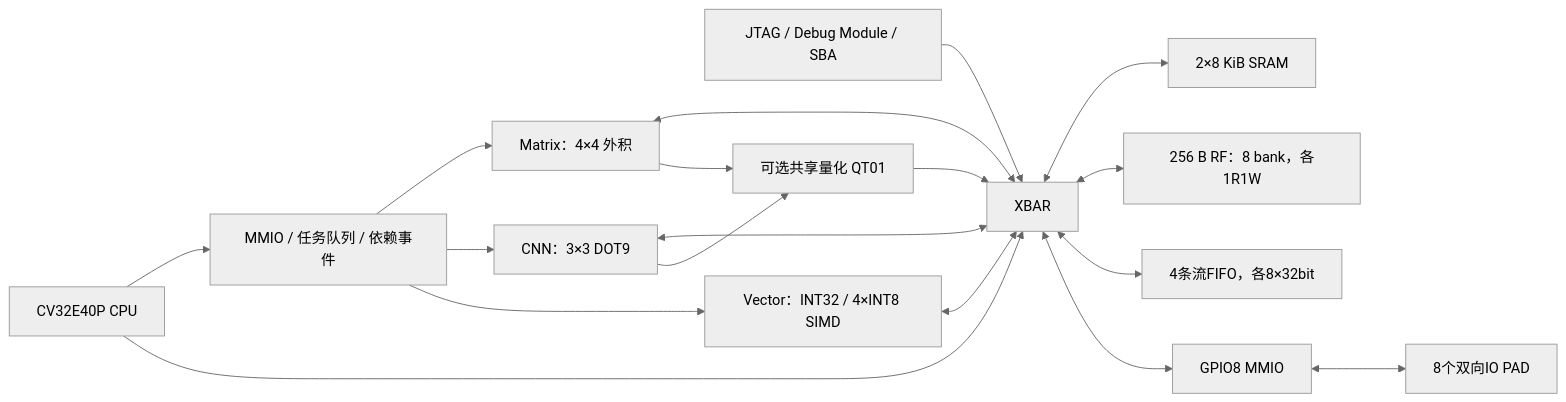
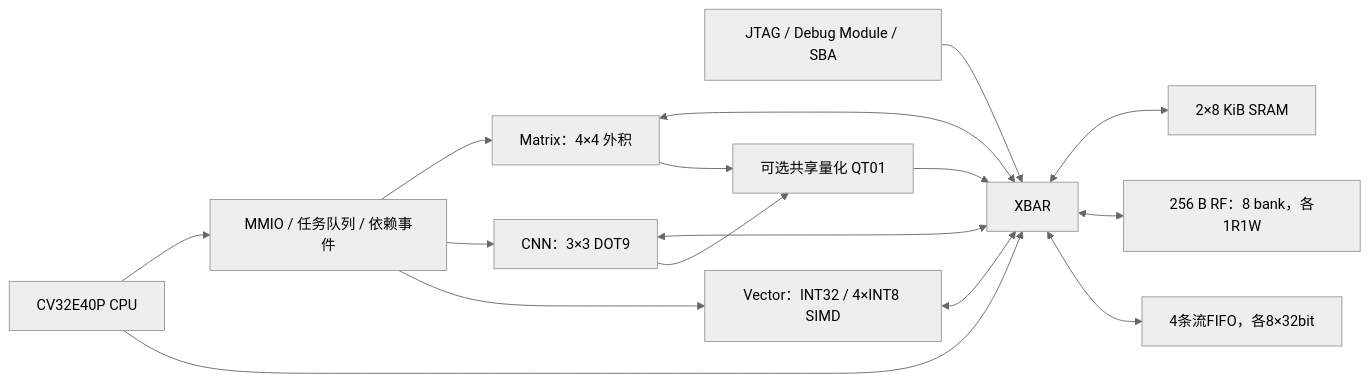
Before and after one commit to CatalpaEel/mynpu: the diagram in README.md, drawn with Mermaid (neutral theme). The commit also changed other lines of this file and 35 other files, not shown here.

````diff
--- a/README.md
+++ b/README.md
@@ -10,20 +10,18 @@
 ```mermaid
 flowchart LR
  J[JTAG / Debug Module / SBA] --> X[XBAR]
  C[CV32E40P CPU] --> CFG[MMIO / 任务队列 / 依赖事件]
  C --> X
  CFG --> M[Matrix：4×4 外积]
  CFG --> N[CNN：3×3 DOT9]
  CFG --> V[Vector：INT32 / 4×INT8 SIMD]
  M <--> X
  N <--> X
  V <--> X
  M --> Q[可选共享量化 QT01]
  N --> Q
  Q --> X
  X <--> S[2×8 KiB SRAM]
  X <--> R[256 B RF：8 bank，各1R1W]
  X <--> F[4条流FIFO，各8×32bit]
- X <--> G[GPIO8 MMIO]
- G <--> GP[8个双向IO PAD]
 ```
````
